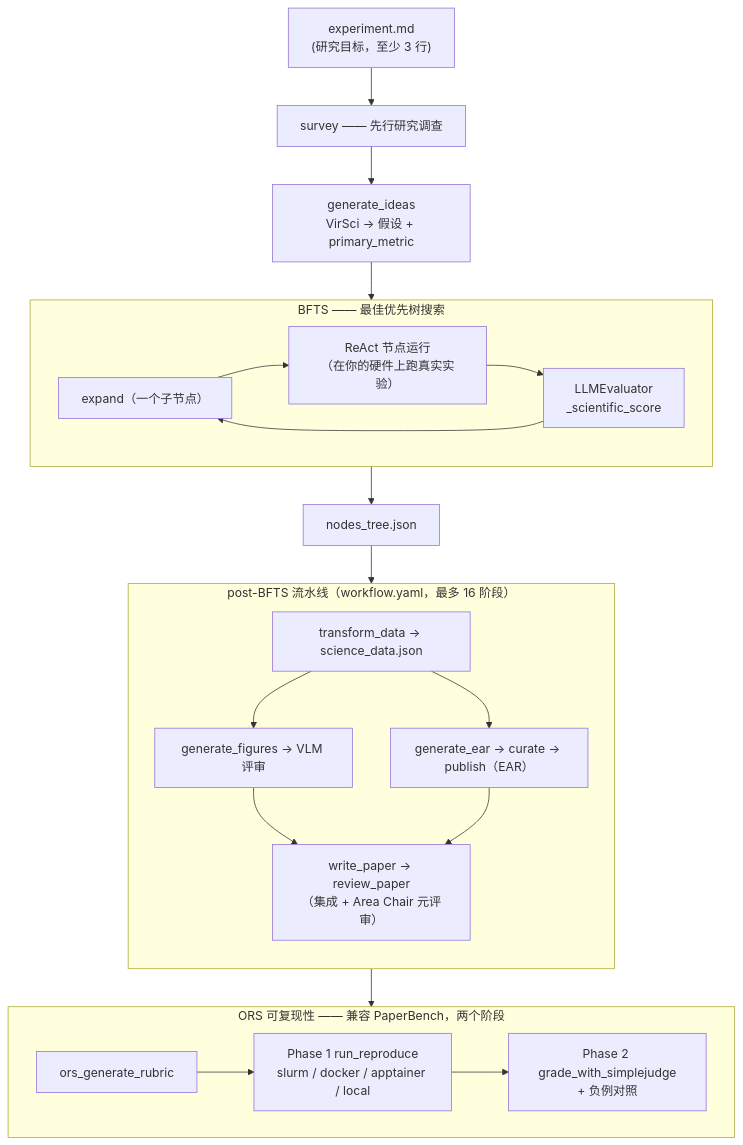
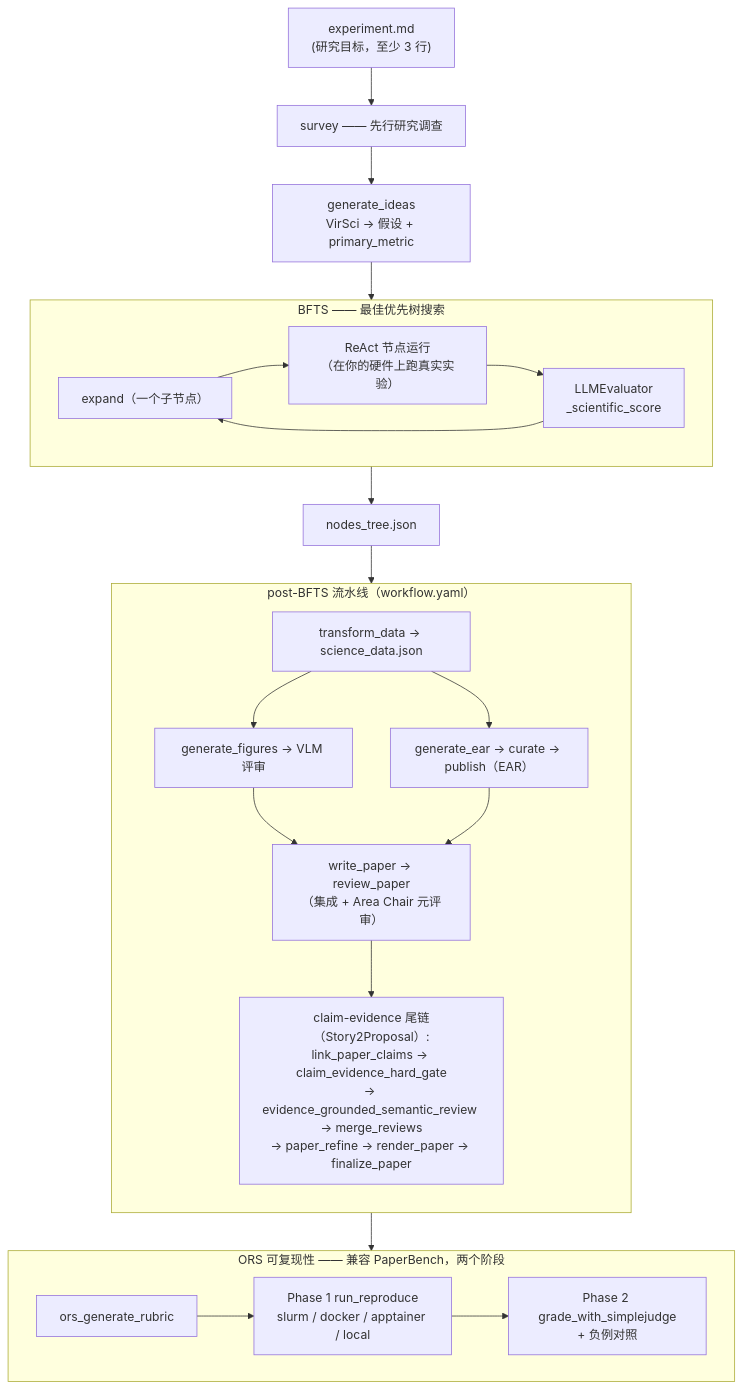
Before and after one commit to kotama7/ARI: the diagram in docs/zh/concepts/architecture.md, drawn with Mermaid. The commit also changed other lines of this file and 93 other files, not shown here.

````diff
--- a/docs/zh/concepts/architecture.md
+++ b/docs/zh/concepts/architecture.md
@@ -47,38 +48,40 @@
 ```mermaid
 flowchart TB
     exp["experiment.md<br/>(研究目标，至少 3 行)"]
     exp --> survey["survey —— 先行研究调查"]
     survey --> ideas["generate_ideas<br/>VirSci → 假设 + primary_metric"]
     ideas --> bfts
 
     subgraph bfts["BFTS —— 最佳优先树搜索"]
         direction LR
         expand["expand（一个子节点）"] --> run["ReAct 节点运行<br/>（在你的硬件上跑真实实验）"]
         run --> eval["LLMEvaluator<br/>_scientific_score"]
         eval --> expand
     end
 
     bfts --> tree["nodes_tree.json"]
 
-    subgraph post["post-BFTS 流水线（workflow.yaml，最多 16 阶段）"]
+    subgraph post["post-BFTS 流水线（workflow.yaml）"]
         direction TB
         transform["transform_data → science_data.json"]
         figures["generate_figures → VLM 评审"]
         paper["write_paper → review_paper<br/>（集成 + Area Chair 元评审）"]
+        claimtail["claim-evidence 尾链（Story2Proposal）:<br/>link_paper_claims → claim_evidence_hard_gate<br/>→ evidence_grounded_semantic_review → merge_reviews<br/>→ paper_refine → render_paper → finalize_paper"]
         ear["generate_ear → curate → publish（EAR）"]
         transform --> figures
         transform --> ear
         figures --> paper
         ear --> paper
+        paper --> claimtail
     end
 
     tree --> post
 
     subgraph ors["ORS 可复现性 —— 兼容 PaperBench，两个阶段"]
         direction LR
         rubric["ors_generate_rubric"] --> p1["Phase 1 run_reproduce<br/>slurm / docker / apptainer / local"]
         p1 --> p2["Phase 2 grade_with_simplejudge<br/>+ 负例对照"]
     end
 
     post --> ors
 ```
````
